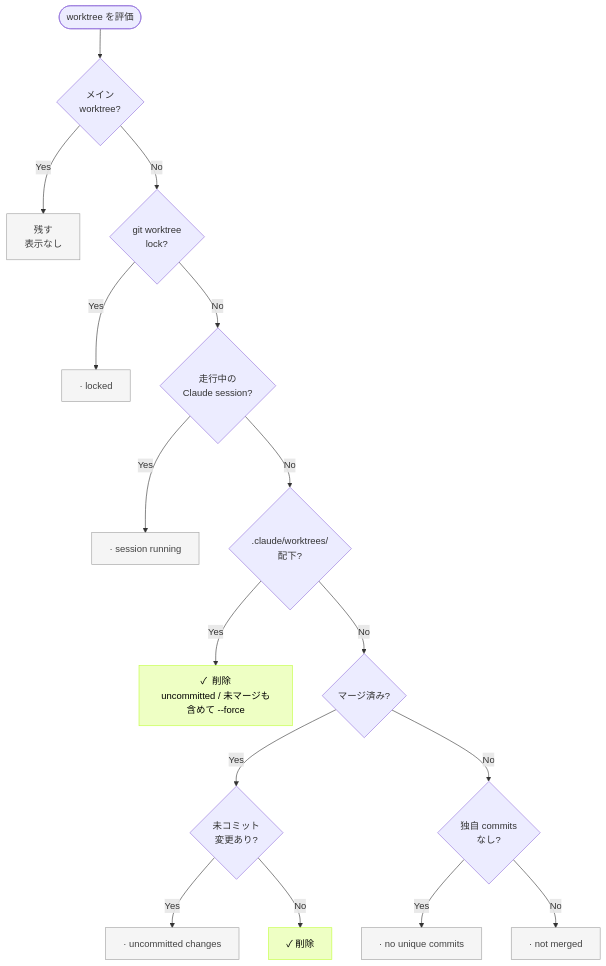
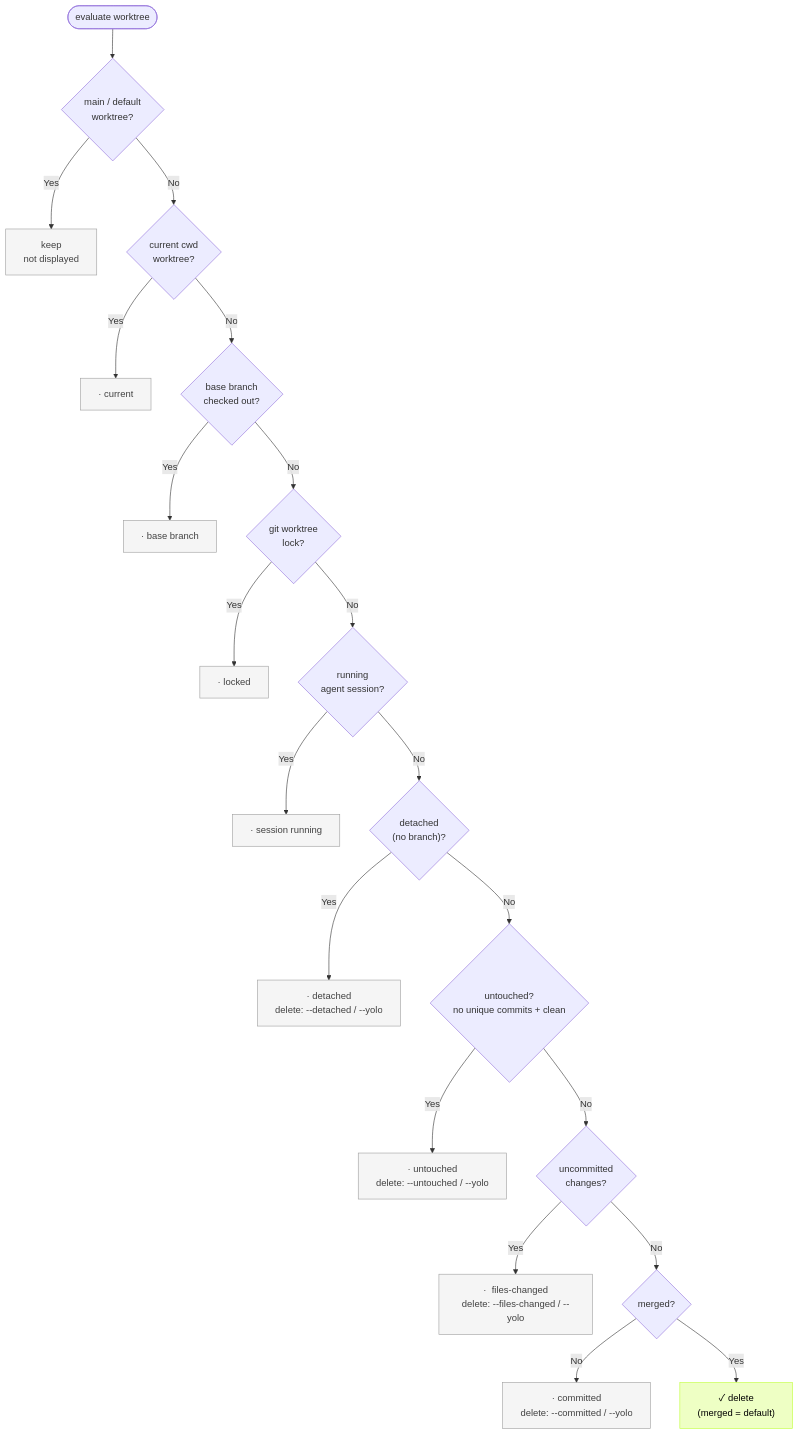
One commit to nozomiishii/git-harvest changed the diagram in README.ja.md. Above: the diagram before and after it, drawn with Mermaid. The commit also changed other lines of this file and 37 other files, not shown here.

````diff
--- a/README.ja.md
+++ b/README.ja.md
@@ -158,22 +186,26 @@
 ```mermaid
 flowchart TD
-    Start([worktree を評価]) --> Main{メイン<br/>worktree?}
-    Main -->|Yes| KeepMain[残す<br/>表示なし]
-    Main -->|No| Locked{git worktree<br/>lock?}
+    Start([evaluate worktree]) --> Main{"main / default<br/>worktree?"}
+    Main -->|Yes| KeepMain[keep<br/>not displayed]
+    Main -->|No| Current{"current cwd<br/>worktree?"}
+    Current -->|Yes| KeepCurrent["·  current"]
+    Current -->|No| Base{"base branch<br/>checked out?"}
+    Base -->|Yes| KeepBase["·  base branch"]
+    Base -->|No| Locked{"git worktree<br/>lock?"}
     Locked -->|Yes| KeepLocked["·  locked"]
-    Locked -->|No| Running{走行中の<br/>Claude session?}
+    Locked -->|No| Running{"running<br/>agent session?"}
     Running -->|Yes| KeepRunning["·  session running"]
-    Running -->|No| ManagedPath{.claude/worktrees/<br/>配下?}
-    ManagedPath -->|Yes| DeleteManaged["✓  削除<br/>uncommitted / 未マージも含めて --force"]
-    ManagedPath -->|No| Merged{マージ済み?}
-    Merged -->|Yes| Uncommitted{未コミット<br/>変更あり?}
-    Uncommitted -->|Yes| KeepUncommitted["·  uncommitted changes"]
-    Uncommitted -->|No| DeleteMerged["✓  削除"]
-    Merged -->|No| NoUnique{独自 commits<br/>なし?}
-    NoUnique -->|Yes| KeepNoUnique["·  no unique commits"]
-    NoUnique -->|No| KeepNotMerged["·  not merged"]
+    Running -->|No| Detached{"detached<br/>(no branch)?"}
+    Detached -->|Yes| KeepDetached["·  detached<br/>delete: --detached / --yolo"]
+    Detached -->|No| Untouched{"untouched?<br/>no unique commits + clean"}
+    Untouched -->|Yes| KeepUntouched["·  untouched<br/>delete: --untouched / --yolo"]
+    Untouched -->|No| Files{"uncommitted<br/>changes?"}
+    Files -->|Yes| KeepFiles["·  files-changed<br/>delete: --files-changed / --yolo"]
+    Files -->|No| Merged{"merged?"}
+    Merged -->|No| KeepCommitted["·  committed<br/>delete: --committed / --yolo"]
+    Merged -->|Yes| DeleteMerged["✓  delete<br/>(merged = default)"]
     classDef keep fill:#f5f5f5,stroke:#9e9e9e,color:#424242
     classDef delete fill:#eeffc4,stroke:#C0FF39,color:#000
-    class KeepMain,KeepLocked,KeepRunning,KeepUncommitted,KeepNoUnique,KeepNotMerged keep
-    class DeleteManaged,DeleteMerged delete
+    class KeepMain,KeepCurrent,KeepBase,KeepLocked,KeepRunning,KeepDetached,KeepUntouched,KeepFiles,KeepCommitted keep
+    class DeleteMerged delete
 ```
````
